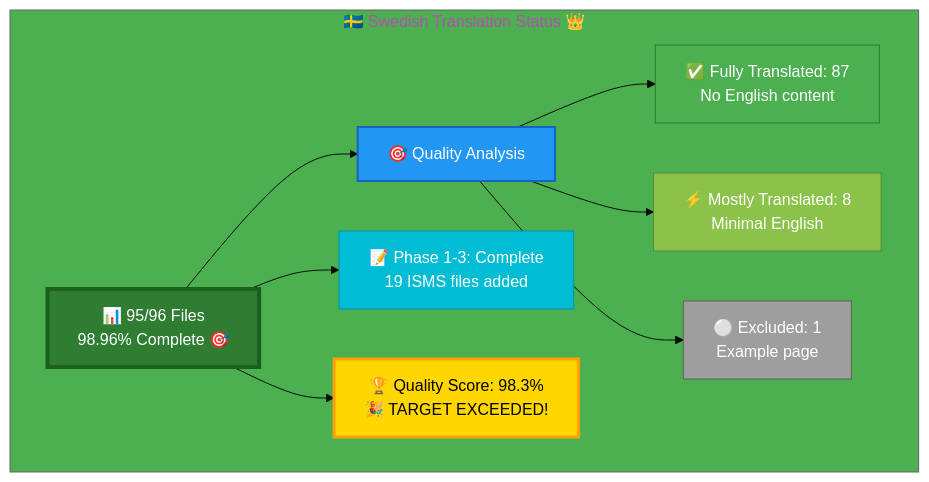
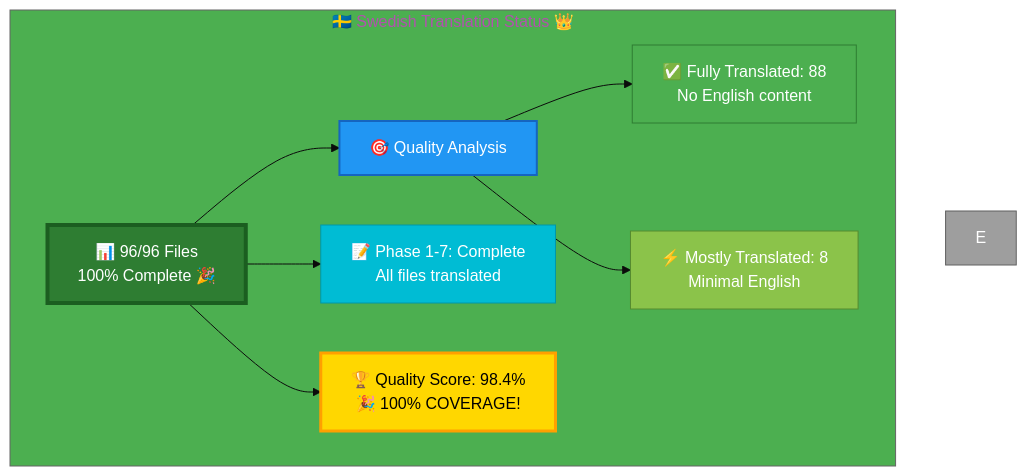
One commit to Hack23/homepage changed the diagram in Swedish-Translation-Status.md. Above: the diagram before and after it, drawn with Mermaid. The commit also changed other lines of this file and 3 other files, not shown here.

Commit message:
Complete Swedish translations: Add breadcrumb-example_sv.html and update status (100% coverage achieved)

````diff
--- a/Swedish-Translation-Status.md
+++ b/Swedish-Translation-Status.md
@@ -13,24 +13,23 @@
 ```mermaid
 %%{init: {'theme':'base', 'themeVariables': {'primaryColor':'#2E7D32','secondaryColor':'#2196F3','tertiaryColor':'#4CAF50','fontSize':'16px'}}}%%
 graph TB
     subgraph "🇸🇪 Swedish Translation Status 👑"
-        A["📊 95/96 Files<br/>98.96% Complete 🎯"]
+        A["📊 96/96 Files<br/>100% Complete 🎉"]
         
         A --> B["🎯 Quality Analysis"]
-        B --> C["✅ Fully Translated: 87<br/>No English content"]
+        B --> C["✅ Fully Translated: 88<br/>No English content"]
         B --> D["⚡ Mostly Translated: 8<br/>Minimal English"]
-        B --> E["⚪ Excluded: 1<br/>Example page"]
         
-        A --> G["📝 Phase 1-3: Complete<br/>19 ISMS files added"]
+        A --> G["📝 Phase 1-7: Complete<br/>All files translated"]
         
-        A --> H["🏆 Quality Score: 98.3%<br/>🎉 TARGET EXCEEDED!"]
+        A --> H["🏆 Quality Score: 98.4%<br/>🎉 100% COVERAGE!"]
         
         style A fill:#2E7D32,stroke:#1B5E20,color:#fff,stroke-width:4px
         style B fill:#2196F3,stroke:#1565C0,color:#fff,stroke-width:2px
         style C fill:#4CAF50,stroke:#2E7D32,color:#fff
         style D fill:#8BC34A,stroke:#558B2F,color:#fff
         style E fill:#9E9E9E,stroke:#616161,color:#fff
         style G fill:#00BCD4,stroke:#0097A7,color:#fff
         style H fill:#FFD700,stroke:#FFA000,color:#000,stroke-width:3px
     end
 ```
````
